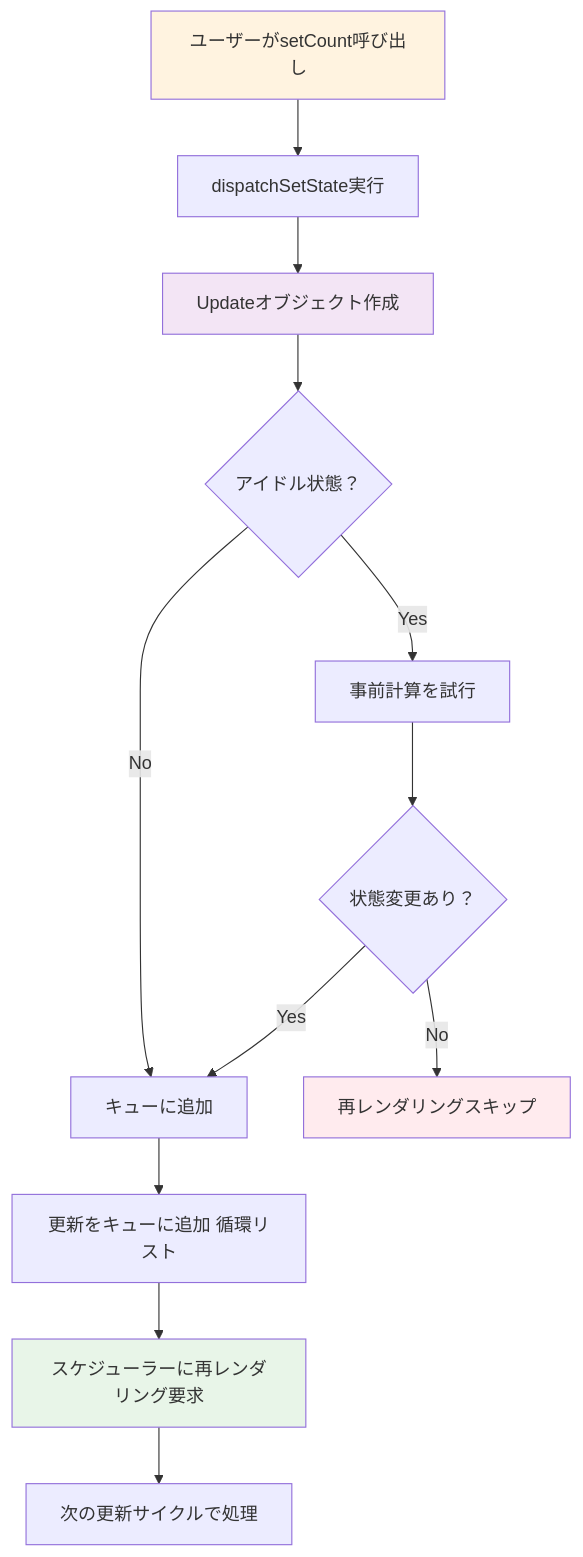
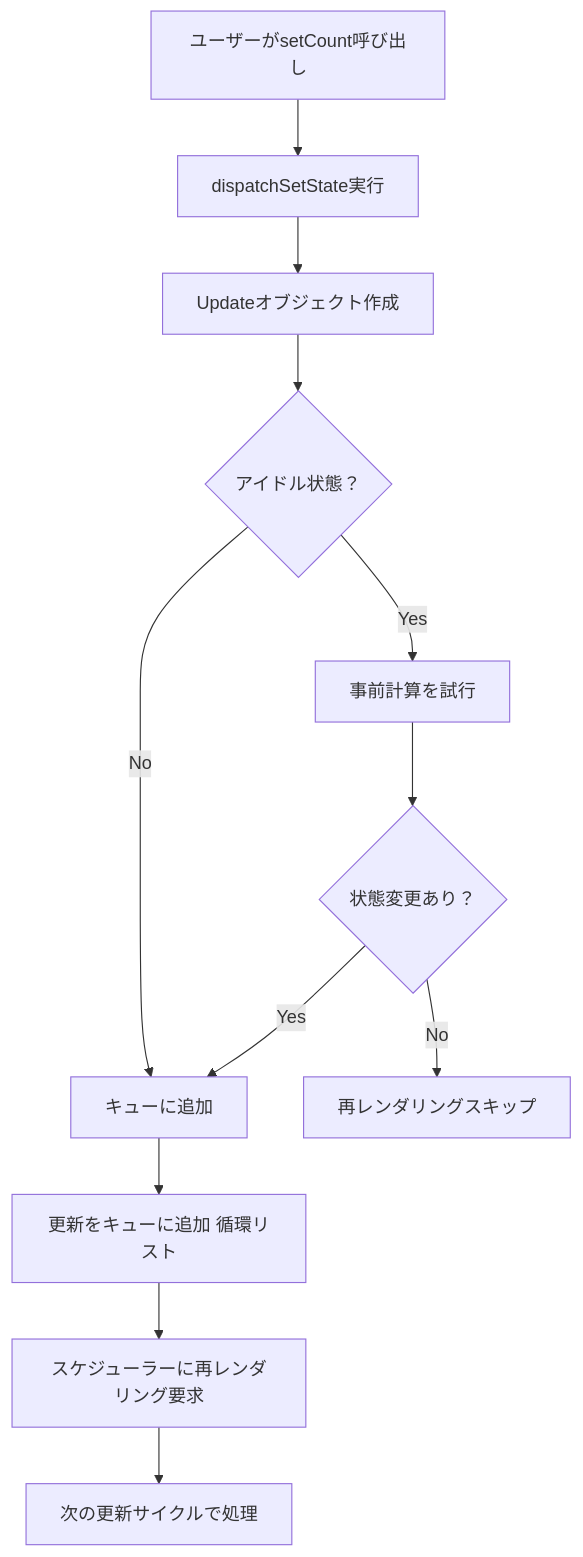
One commit to okaponta/okaponta-zenn changed the second of 2 diagrams in articles/3744881e4cbe07.md. Above: the diagram before and after it, drawn with Mermaid.

Commit message:
modify mermaid

````diff
--- a/articles/3744881e4cbe07.md
+++ b/articles/3744881e4cbe07.md
@@ -439,19 +439,14 @@
 ```mermaid
 flowchart TD
     A[ユーザーがsetCount呼び出し] --> B[dispatchSetState実行]
     B --> C[Updateオブジェクト作成]
     C --> D{アイドル状態？}
     D -->|Yes| E[事前計算を試行]
     D -->|No| F[キューに追加]
     E --> G{状態変更あり？}
     G -->|No| H[再レンダリングスキップ]
     G -->|Yes| F
     F --> I[更新をキューに追加 循環リスト]
     I --> J[スケジューラーに再レンダリング要求]
     J --> K[次の更新サイクルで処理]
-    
-    style A fill:#fff3e0
-    style C fill:#f3e5f5
-    style H fill:#ffebee
-    style J fill:#e8f5e8
 ```
````
